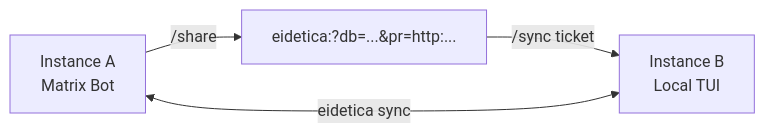
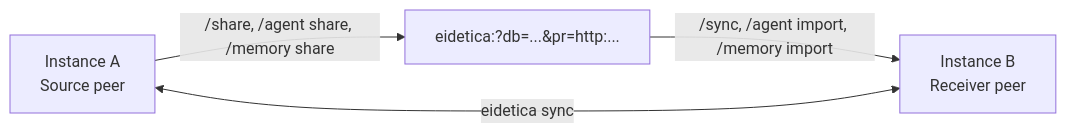
The diagram in docs/src/user_guide/session_sharing.md (arcuru/chaz), drawn with Mermaid before and after one commit. The commit also changed other lines of this file, not shown here.

First line of the commit message:
docs(session_sharing): add agent + memory share, co-owner bootstrap, troubleshooting

````diff
--- a/docs/src/user_guide/session_sharing.md
+++ b/docs/src/user_guide/session_sharing.md
@@ -15,6 +15,6 @@
 ```mermaid
 graph LR
-    A[Instance A<br/>Matrix Bot] -->|"/share"| T["eidetica:?db=...&pr=http:..."]
-    T -->|"/sync ticket"| B[Instance B<br/>Local TUI]
+    A[Instance A<br/>Source peer] -->|"/share, /agent share, /memory share"| T["eidetica:?db=...&pr=http:..."]
+    T -->|"/sync, /agent import, /memory import"| B[Instance B<br/>Receiver peer]
     A <-->|eidetica sync| B
 ```
````
